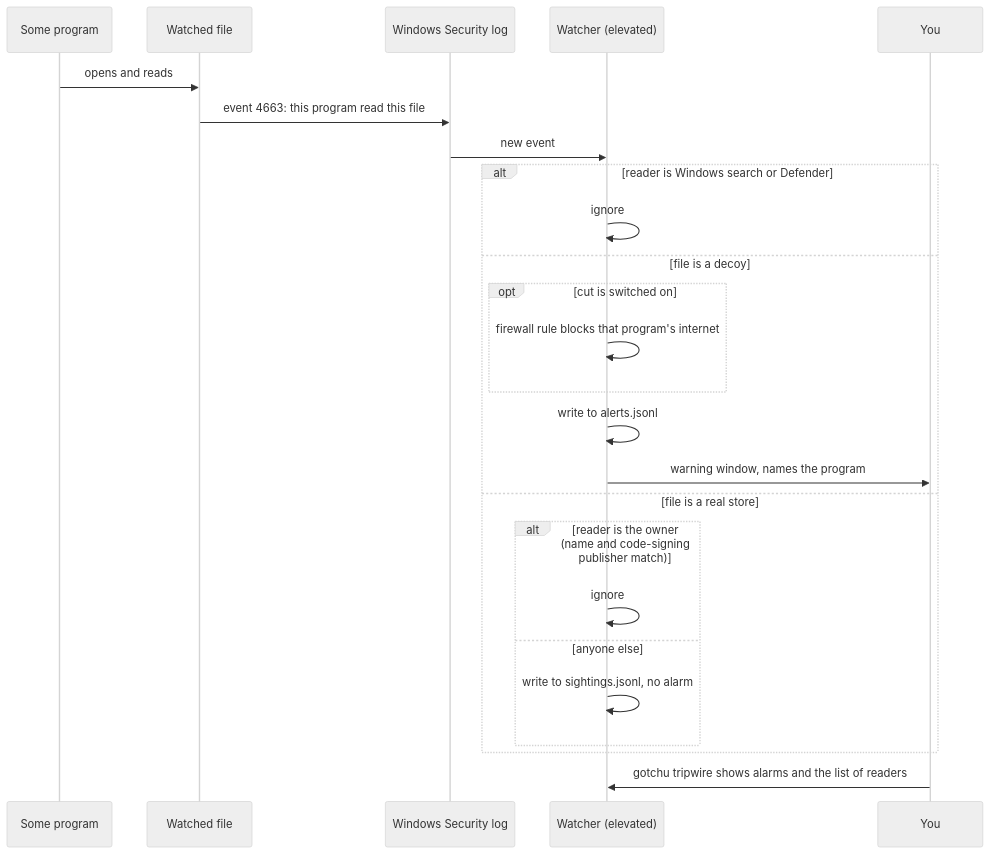
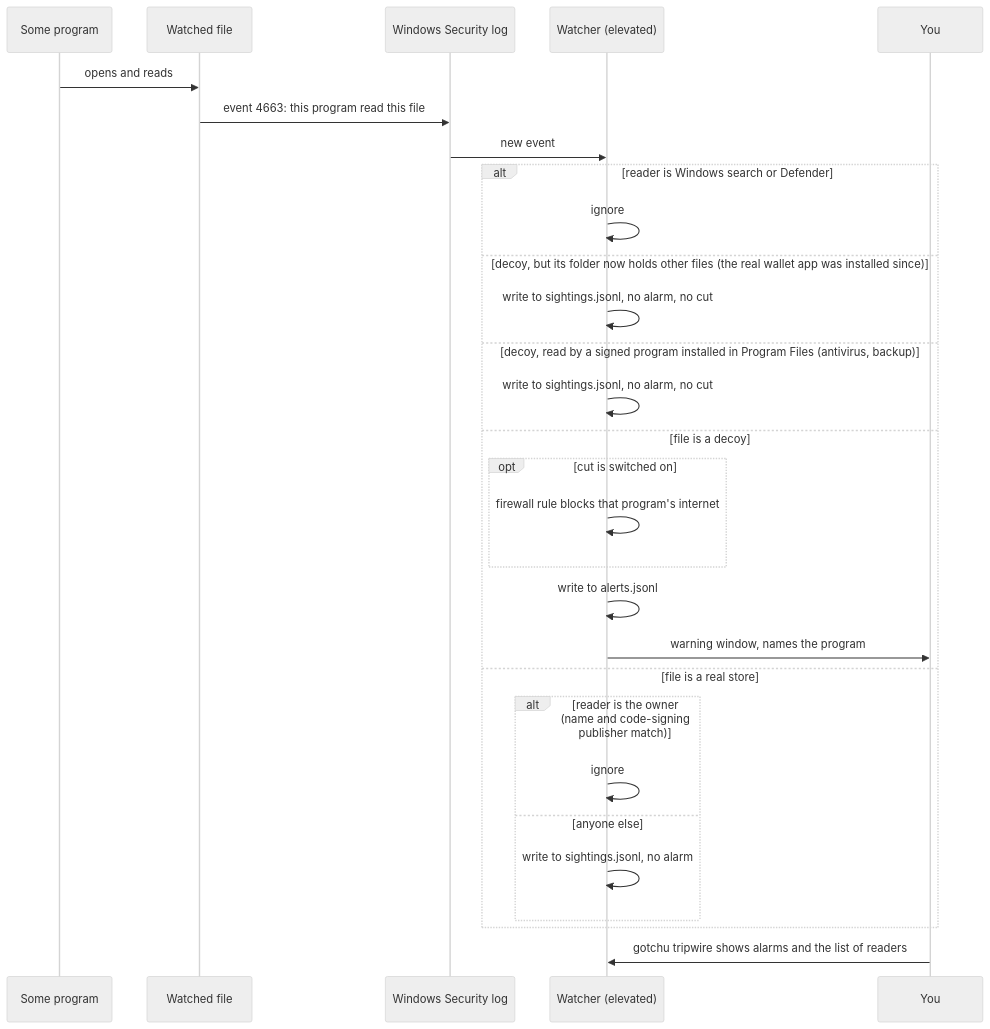
The fourth of 7 diagrams in docs/ARCHITECTURE.md (AnshMittal08/GotchU), drawn with Mermaid (neutral theme) before and after one commit. The commit also changed other lines of this file and 5 other files, not shown here.

First line of the commit message:
Docs: Program Files helpers, decoy safety, setup command, licence

````diff
--- a/docs/ARCHITECTURE.md
+++ b/docs/ARCHITECTURE.md
@@ -107,27 +122,31 @@
 ```mermaid
 sequenceDiagram
     participant P as Some program
     participant F as Watched file
     participant W as Windows Security log
     participant T as Watcher (elevated)
     participant Y as You
     P->>F: opens and reads
     F->>W: event 4663: this program read this file
     W->>T: new event
     alt reader is Windows search or Defender
         T->>T: ignore
+    else decoy, but its folder now holds other files (the real wallet app was installed since)
+        T->>T: write to sightings.jsonl, no alarm, no cut
+    else decoy, read by a signed program installed in Program Files (antivirus, backup)
+        T->>T: write to sightings.jsonl, no alarm, no cut
     else file is a decoy
         opt cut is switched on
             T->>T: firewall rule blocks that program's internet
         end
         T->>T: write to alerts.jsonl
         T->>Y: warning window, names the program
     else file is a real store
         alt reader is the owner (name and code-signing publisher match)
             T->>T: ignore
         else anyone else
             T->>T: write to sightings.jsonl, no alarm
         end
     end
     Y->>T: gotchu tripwire shows alarms and the list of readers
 ```
````
